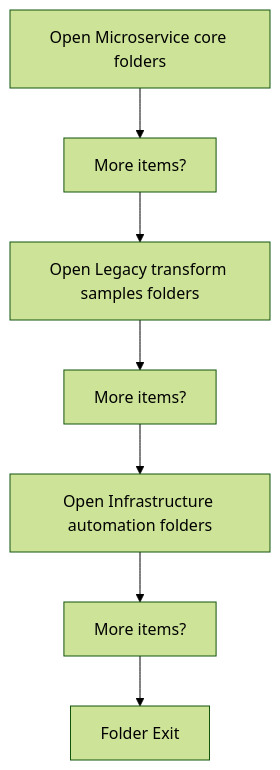
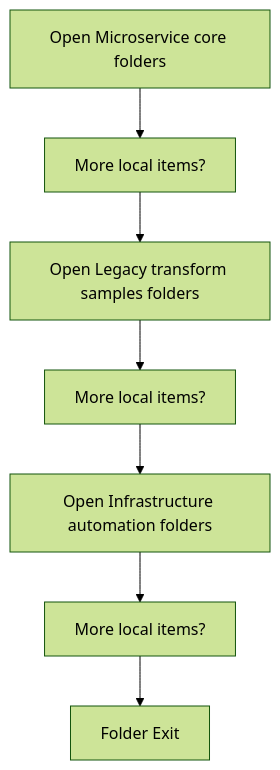
The second of 2 diagrams in docs/Codebase/README.md (JohnAndrewBalbarosa/NeoTerritory), drawn with Mermaid (forest theme) before and after one commit. The commit also changed other lines of this file and 925 other files, not shown here.

````diff
--- a/docs/Codebase/README.md
+++ b/docs/Codebase/README.md
@@ -48,16 +48,16 @@
 ```mermaid
 flowchart TD
     N0["Open Microservice core folders"]
-    N1["More items?"]
+    N1["More local items?"]
     N2["Open Legacy transform samples folders"]
-    N3["More items?"]
+    N3["More local items?"]
     N4["Open Infrastructure automation folders"]
-    N5["More items?"]
+    N5["More local items?"]
     N6["Folder Exit"]
     N0 --> N1
     N1 --> N2
     N2 --> N3
     N3 --> N4
     N4 --> N5
     N5 --> N6
 ```
````
